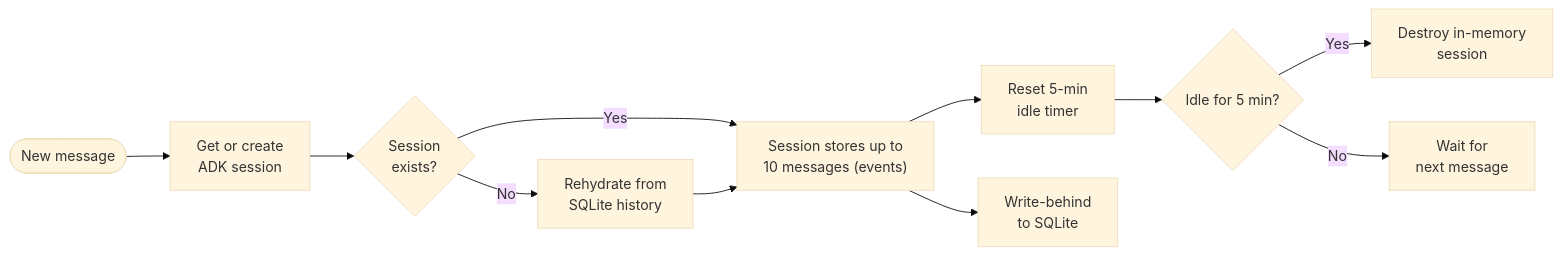
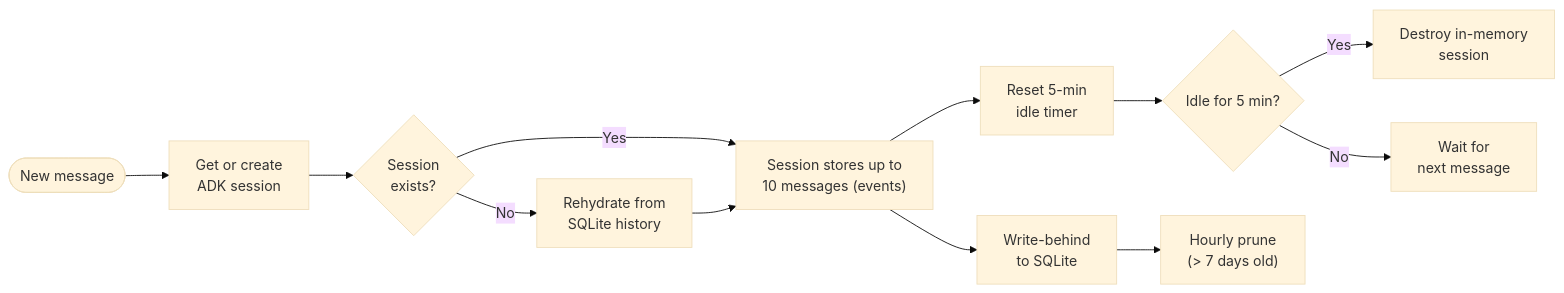
Before and after one commit to AlaskanTuna/rokabot: the fifth of 9 diagrams in README.md, drawn with Mermaid (base theme). The commit also changed other lines of this file, not shown here.

````diff
--- a/README.md
+++ b/README.md
@@ -146,13 +152,14 @@
 ```mermaid
 flowchart LR
     Msg([New message]) --> Get["Get or create\nADK session"]
     Get --> Cold{Session\nexists?}
     Cold -->|No| Hydrate["Rehydrate from\nSQLite history"]
     Cold -->|Yes| Window
     Hydrate --> Window["Session stores up to\n10 messages (events)"]
     Window --> Timer["Reset 5-min\nidle timer"]
     Timer --> Idle{Idle for 5 min?}
     Idle -->|Yes| Destroy["Destroy in-memory\nsession"]
     Idle -->|No| Wait["Wait for\nnext message"]
     Window --> Persist["Write-behind\nto SQLite"]
+    Persist --> Prune["Hourly prune\n(> 7 days old)"]
 ```
````
